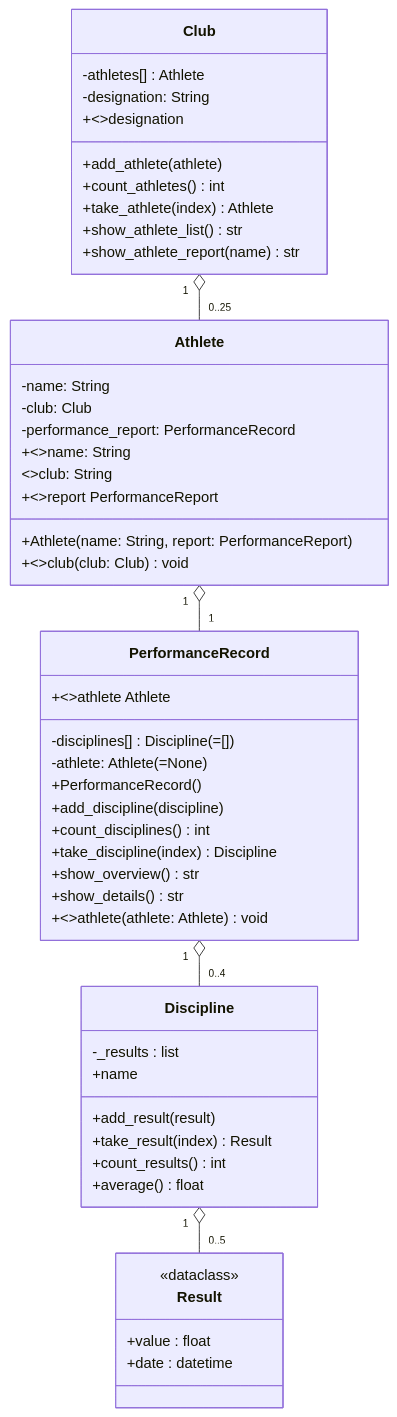
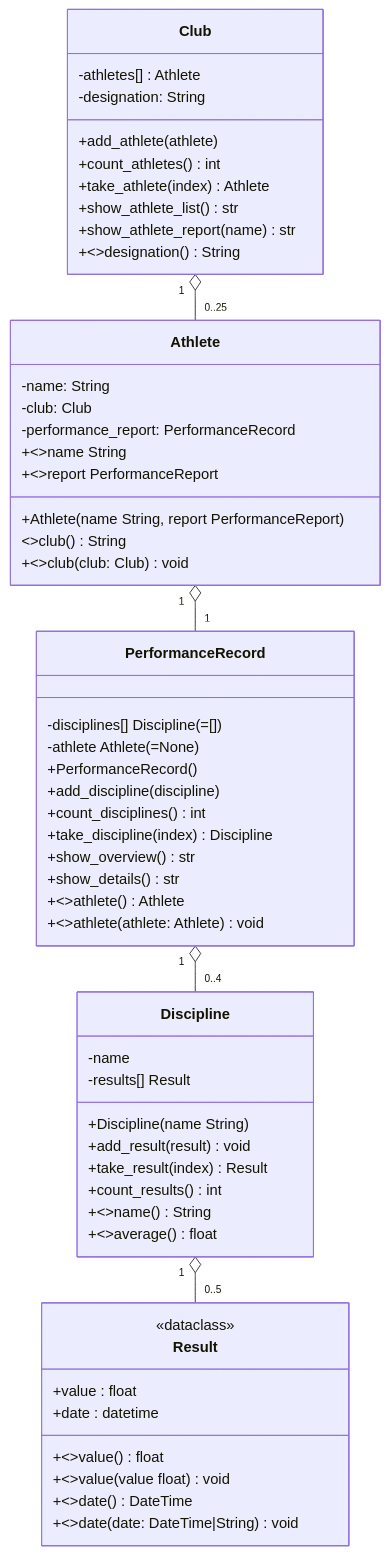
One commit to templates-python/m320-lu09-a02-sports changed the diagram in Aufgabenstellung.md. Above: the diagram before and after it, drawn with Mermaid.

Commit message:
Refactor class definitions and property syntax

````diff
--- a/Aufgabenstellung.md
+++ b/Aufgabenstellung.md
@@ -22,53 +22,59 @@
 ```mermaid
 classDiagram
     class Club {
         -athletes[] : Athlete
         -designation: String
         +add_athlete(athlete)
         +count_athletes() int
         +take_athlete(index) Athlete
         +show_athlete_list() str
         +show_athlete_report(name) str
-        +<<prop>>designation
+        +<<prop>>designation() String
     }
     class Athlete {
         -name: String
         -club: Club
         -performance_report: PerformanceRecord
-        +Athlete(name: String, report: PerformanceReport)
-        +<<prop>>name: String
-        <<prop>>club: String
+        +Athlete(name String, report PerformanceReport)
+        +<<prop>>name String
+        <<prop>>club() String
         +<<setter>>club (club: Club) void
         +<<prop>>report PerformanceReport
     }
     class PerformanceRecord {
-        -disciplines[] : Discipline (=[])
-        -athlete: Athlete (=None)
+        -disciplines[] Discipline (=[])
+        -athlete Athlete (=None)
         +PerformanceRecord()
         +add_discipline(discipline)
         +count_disciplines() int
         +take_discipline(index) Discipline
         +show_overview() str
         +show_details() str
-        +<<prop>>athlete Athlete
+        +<<prop>>athlete() Athlete
         +<<setter>>athlete(athlete: Athlete) void
     }
     class Discipline {
-        -_results : list
-        +name
-        +add_result(result)
+        -name
+        -results[] Result
+        +Discipline(name String)
+        +add_result(result) void
         +take_result(index) Result
         +count_results() int
-        +average() float
+        +<<prop>>name() String
+        +<<prop>>average() float
     }
     class Result {
         <<dataclass>>
         +value : float
         +date : datetime
+        +<<prop>>value() float
+        +<<setter>>value(value float) void
+        +<<prop>>date() DateTime
+        +<<setter>>date(date: DateTime|String) void
     }
 
     Club "1" o-- "0..25" Athlete
     Athlete "1" o-- "1" PerformanceRecord
     PerformanceRecord "1" o-- "0..4" Discipline
     Discipline "1" o-- "0..5" Result
 ```
````
